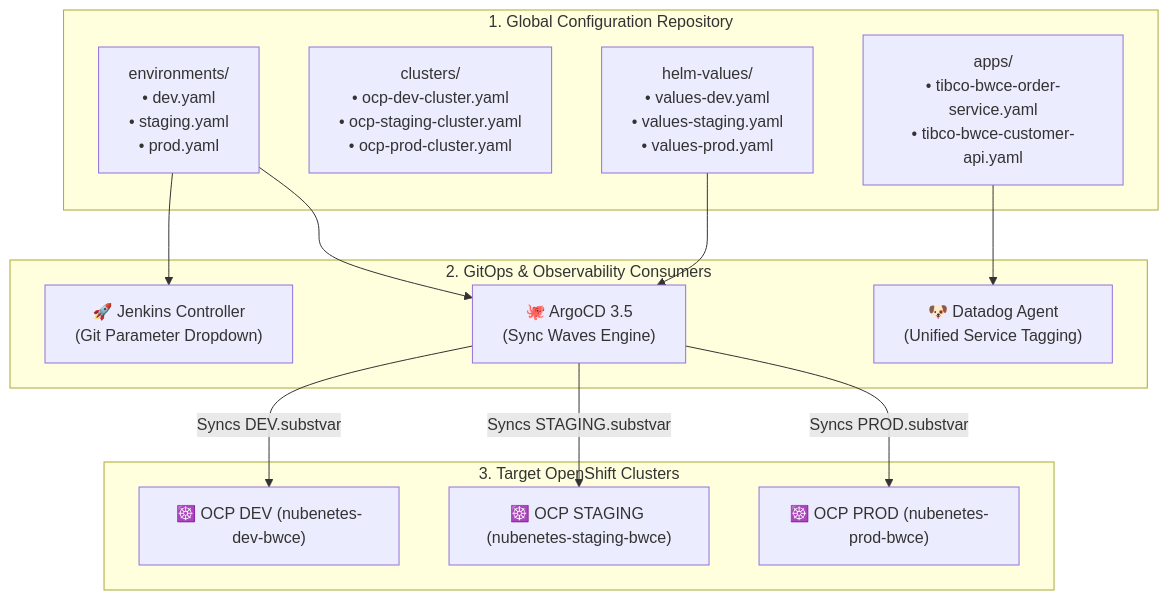
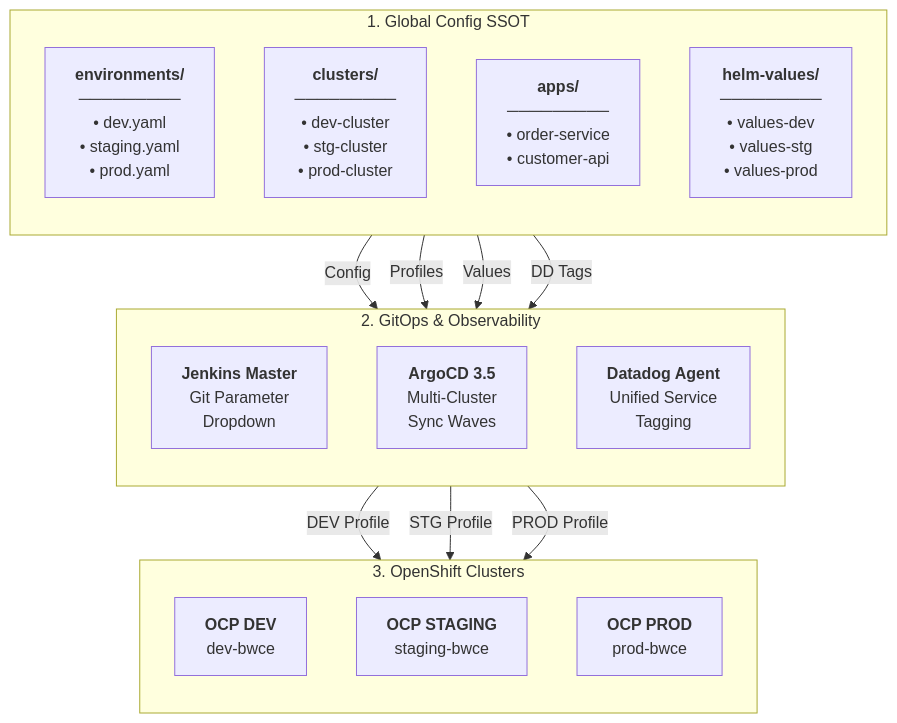
The diagram in README.md (nubenetes/jenkins-git-parameter-bwce-global-vars), drawn with Mermaid before and after one commit.

Commit message:
fix(docs): format SSOT hierarchy diagram with compact multi-line text to prevent clipping

````diff
--- a/README.md
+++ b/README.md
@@ -40,30 +40,33 @@
 ```mermaid
-flowchart TD
-    subgraph GlobalConfigs ["1. Global Configuration Repository"]
-        Envs["environments/<br/>• dev.yaml<br/>• staging.yaml<br/>• prod.yaml"]
-        Clusters["clusters/<br/>• ocp-dev-cluster.yaml<br/>• ocp-staging-cluster.yaml<br/>• ocp-prod-cluster.yaml"]
-        Apps["apps/<br/>• tibco-bwce-order-service.yaml<br/>• tibco-bwce-customer-api.yaml"]
-        HelmVal["helm-values/<br/>• values-dev.yaml<br/>• values-staging.yaml<br/>• values-prod.yaml"]
+flowchart TB
+    subgraph ConfigSSOT ["1. Global Config SSOT"]
+        direction TB
+        Envs["<b>environments/</b><br/>─────────<br/>• dev.yaml<br/>• staging.yaml<br/>• prod.yaml"]
+        Clusters["<b>clusters/</b><br/>─────────<br/>• dev-cluster<br/>• stg-cluster<br/>• prod-cluster"]
+        Apps["<b>apps/</b><br/>─────────<br/>• order-service<br/>• customer-api"]
+        HelmVal["<b>helm-values/</b><br/>─────────<br/>• values-dev<br/>• values-stg<br/>• values-prod"]
     end
 
-    subgraph GitOpsControllers ["2. GitOps & Observability Consumers"]
-        Jenkins["🚀 Jenkins Controller<br/>(Git Parameter Dropdown)"]
-        ArgoCD["🐙 ArgoCD 3.5<br/>(Sync Waves Engine)"]
-        Datadog["🐶 Datadog Agent<br/>(Unified Service Tagging)"]
+    subgraph Consumers ["2. GitOps & Observability"]
+        direction TB
+        Jenkins["<b>Jenkins Master</b><br/>Git Parameter<br/>Dropdown"]
+        ArgoCD["<b>ArgoCD 3.5</b><br/>Multi-Cluster<br/>Sync Waves"]
+        Datadog["<b>Datadog Agent</b><br/>Unified Service<br/>Tagging"]
     end
 
-    subgraph TargetClusters ["3. Target OpenShift Clusters"]
-        Dev["☸️ OCP DEV (nubenetes-dev-bwce)"]
-        Staging["☸️ OCP STAGING (nubenetes-staging-bwce)"]
-        Prod["☸️ OCP PROD (nubenetes-prod-bwce)"]
+    subgraph TargetClusters ["3. OpenShift Clusters"]
+        direction TB
+        Dev["<b>OCP DEV</b><br/>dev-bwce"]
+        Staging["<b>OCP STAGING</b><br/>staging-bwce"]
+        Prod["<b>OCP PROD</b><br/>prod-bwce"]
     end
 
-    Envs --> Jenkins
-    Envs --> ArgoCD
-    HelmVal --> ArgoCD
-    Apps --> Datadog
+    Envs -->|"Config"| Jenkins
+    Envs -->|"Profiles"| ArgoCD
+    HelmVal -->|"Values"| ArgoCD
+    Apps -->|"DD Tags"| Datadog
 
-    ArgoCD -->|Syncs DEV.substvar| Dev
-    ArgoCD -->|Syncs STAGING.substvar| Staging
-    ArgoCD -->|Syncs PROD.substvar| Prod
+    ArgoCD -->|"DEV Profile"| Dev
+    ArgoCD -->|"STG Profile"| Staging
+    ArgoCD -->|"PROD Profile"| Prod
 ```
````
